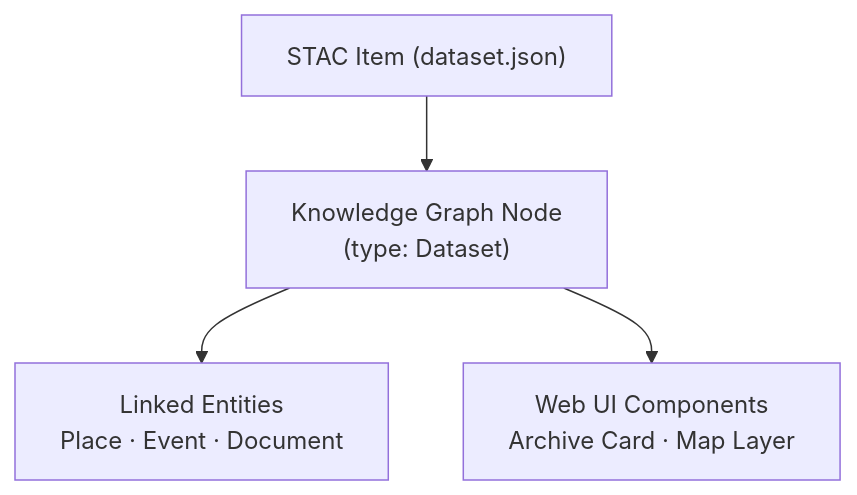
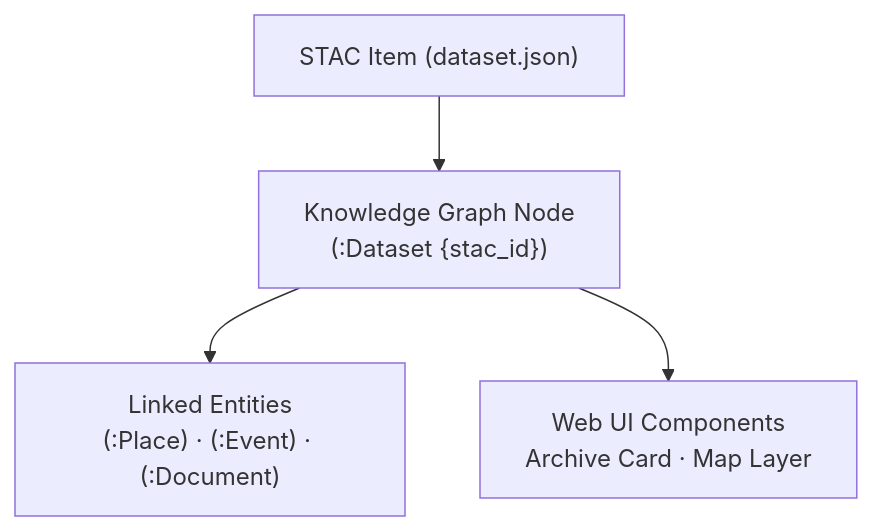
Before and after one commit to bartytime4life/Kansas-Frontier-Matrix: the second of 2 diagrams in docs/design/mockups/archive/README.md, drawn with Mermaid. The commit also changed other lines of this file, not shown here.

````diff
--- a/docs/design/mockups/archive/README.md
+++ b/docs/design/mockups/archive/README.md
@@ -206,6 +346,6 @@
 ```mermaid
 flowchart TD
-  A["STAC Item (dataset.json)"] --> B["Knowledge Graph Node\n(type: Dataset)"]
-  B --> C["Linked Entities\nPlace · Event · Document"]
+  A["STAC Item (dataset.json)"] --> B["Knowledge Graph Node\n(:Dataset {stac_id})"]
+  B --> C["Linked Entities\n(:Place) · (:Event) · (:Document)"]
   B --> D["Web UI Components\nArchive Card · Map Layer"]
 ```
````
